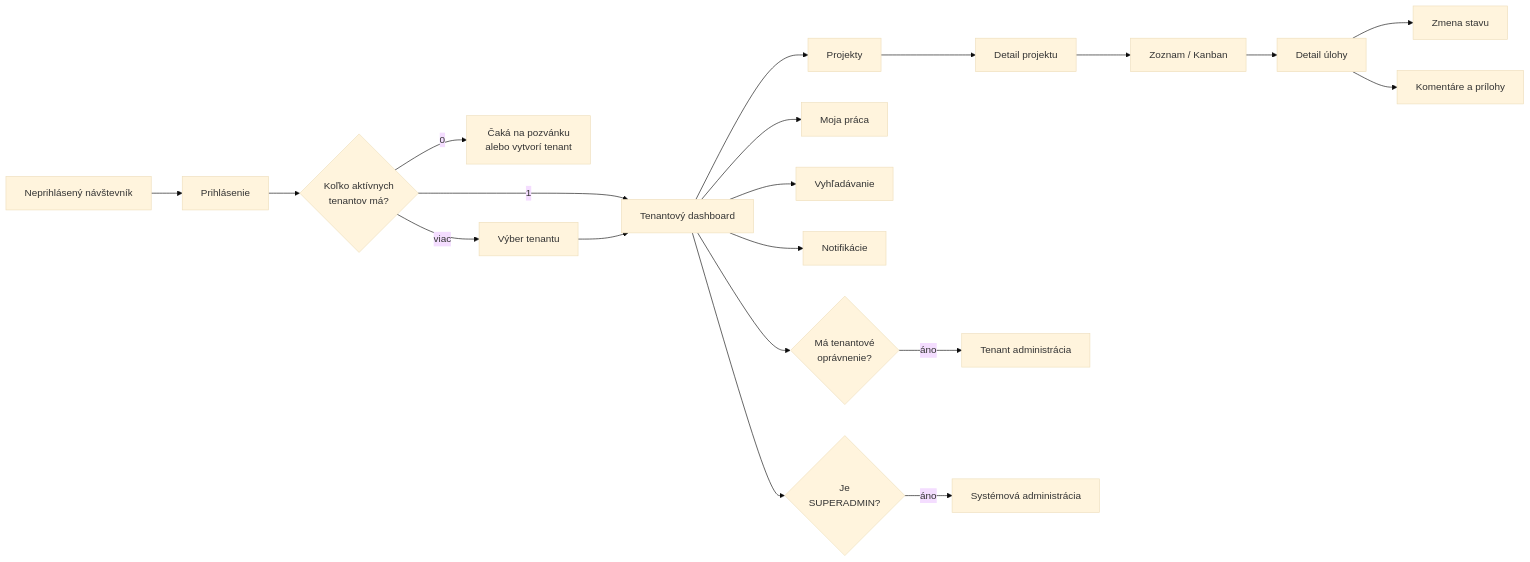
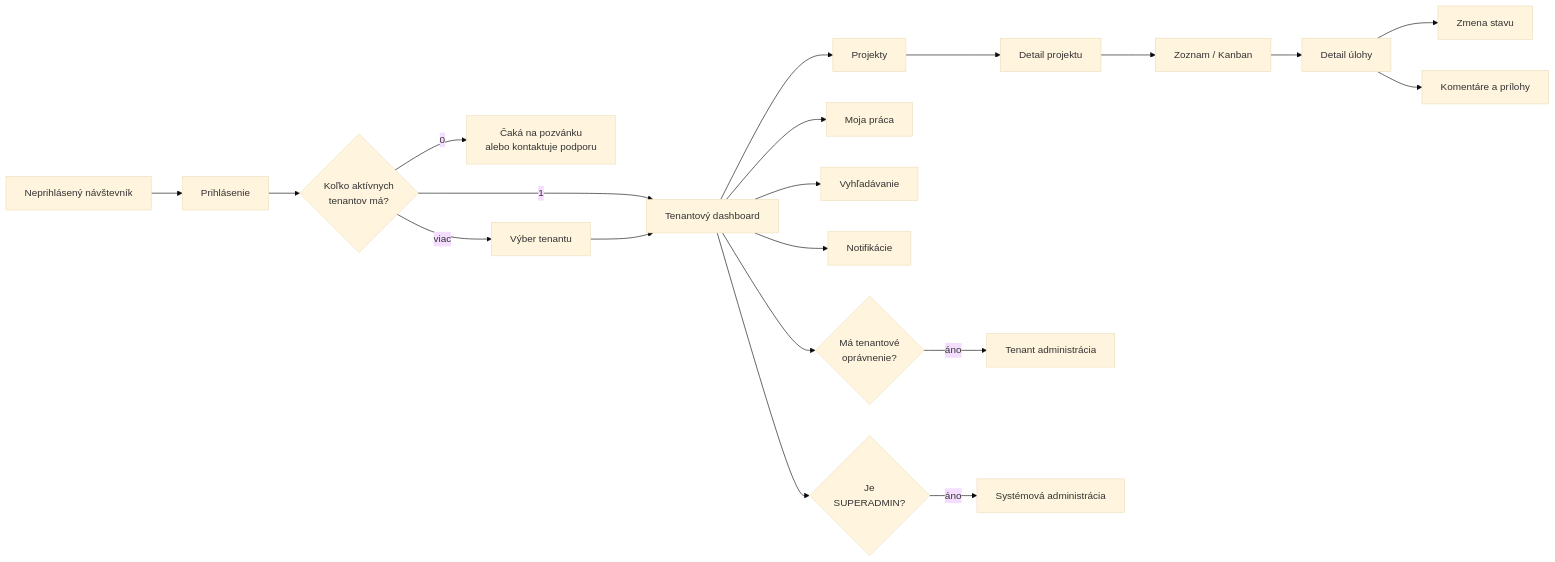
One commit to JurajPacolt/sova changed the diagram in docs/webflow/README.md. Above: the diagram before and after it, drawn with Mermaid (base theme). The commit also changed other lines of this file and 402 other files, not shown here.

````diff
--- a/docs/webflow/README.md
+++ b/docs/webflow/README.md
@@ -64,26 +64,26 @@
 ```mermaid
 flowchart LR
     Visitor["Neprihlásený návštevník"] --> Login["Prihlásenie"]
     Login --> TenantDecision{"Koľko aktívnych<br/>tenantov má?"}
-    TenantDecision -->|0| NoTenant["Čaká na pozvánku<br/>alebo vytvorí tenant"]
+    TenantDecision -->|0| NoTenant["Čaká na pozvánku<br/>alebo kontaktuje podporu"]
     TenantDecision -->|1| Dashboard["Tenantový dashboard"]
     TenantDecision -->|viac| TenantPicker["Výber tenantu"]
     TenantPicker --> Dashboard
 
     Dashboard --> Projects["Projekty"]
     Dashboard --> MyWork["Moja práca"]
     Dashboard --> Search["Vyhľadávanie"]
     Dashboard --> Notifications["Notifikácie"]
 
     Projects --> Project["Detail projektu"]
     Project --> IssueList["Zoznam / Kanban"]
     IssueList --> Issue["Detail úlohy"]
     Issue --> Transition["Zmena stavu"]
     Issue --> Collaboration["Komentáre a prílohy"]
 
     Dashboard --> TenantAdmin{"Má tenantové<br/>oprávnenie?"}
     TenantAdmin -->|áno| Admin["Tenant administrácia"]
 
     Dashboard --> SystemAdmin{"Je<br/>SUPERADMIN?"}
     SystemAdmin -->|áno| System["Systémová administrácia"]
 ```
````
